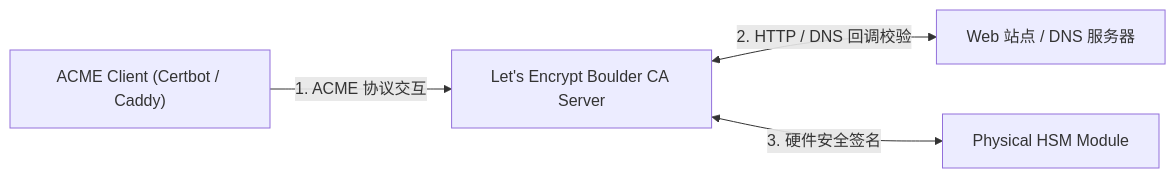
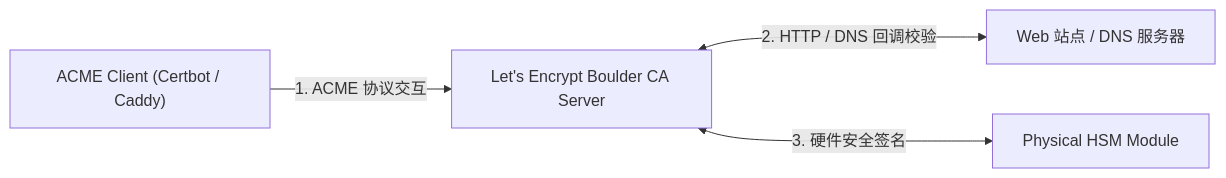
One commit to koosai/AI-Architect-Learning changed the third of 6 diagrams in docs/atlas/lets-encrypt.mdx. Above: the diagram before and after it, drawn with Mermaid. The commit also changed other lines of this file and 68 other files, not shown here.

Commit message:
fix(atlas): fix browser client-side Mermaid rendering for mindmaps and flowcharts across 67 case studies

````diff
--- a/docs/atlas/lets-encrypt.mdx
+++ b/docs/atlas/lets-encrypt.mdx
@@ -113,6 +113,6 @@
 ```mermaid
 graph LR
   ACMEClient["ACME Client (Certbot / Caddy)"] -->|1. ACME 协议交互| BoulderServer["Let's Encrypt Boulder CA Server"]
-  BoulderServer <-->|2. HTTP / DNS 回调校验| WebDNSInfrastucture["Web 站点 / DNS 服务器"]
-  BoulderServer <-->|3. 硬件安全签名| HSMHardware["Physical HSM Module"]
+  BoulderServer <--->|2. HTTP / DNS 回调校验| WebDNSInfrastucture["Web 站点 / DNS 服务器"]
+  BoulderServer <--->|3. 硬件安全签名| HSMHardware["Physical HSM Module"]
 ```
````
